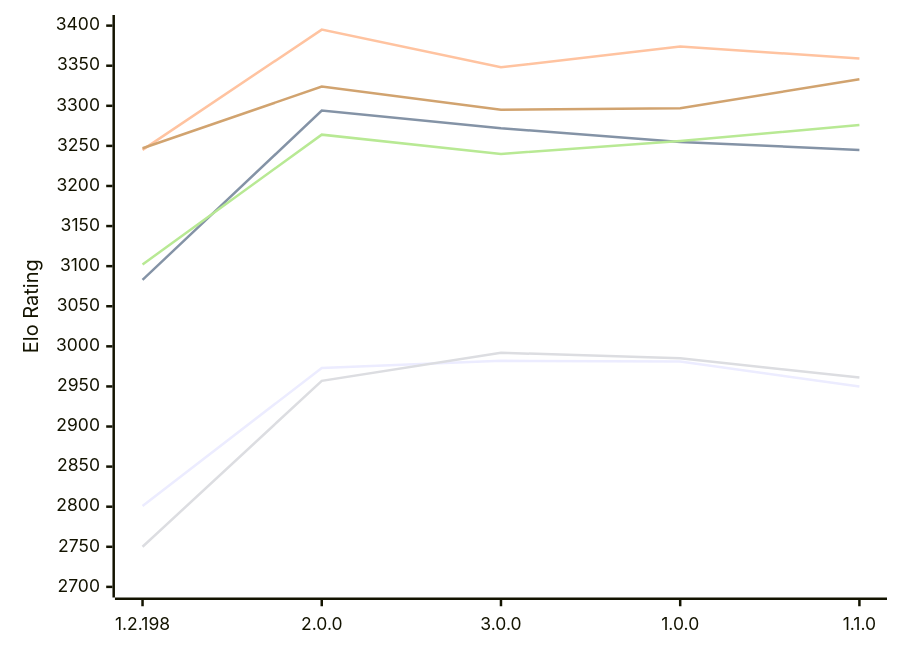
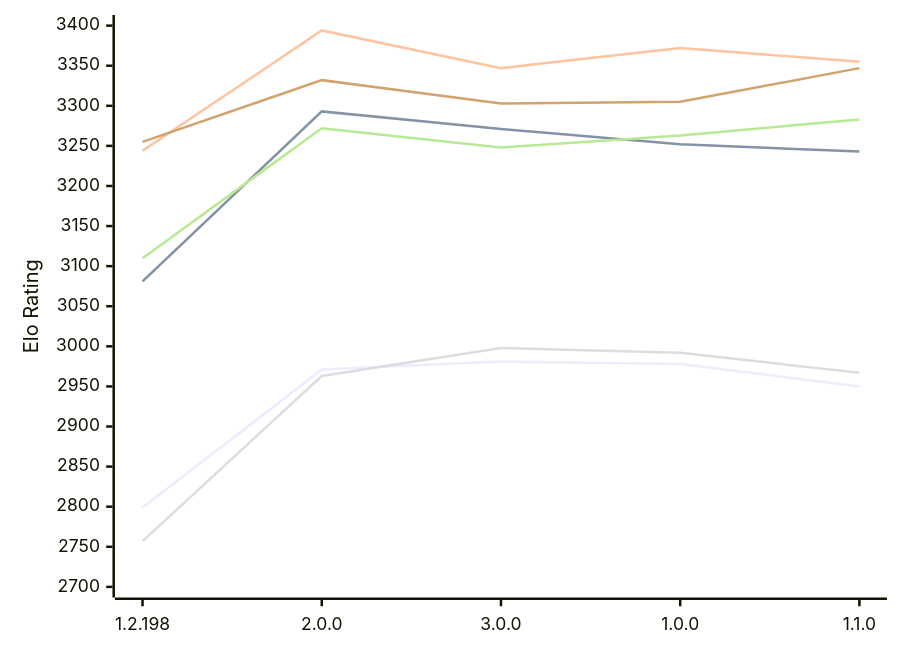
One commit to computer-chess-index/cci changed the diagram in engines/Trebuchet.md. Above: the diagram before and after it, drawn with Mermaid. The commit also changed other lines of this file, not shown here.

Commit message:
Update CCI Ratings (ELO VLTC) - 2026-11-23

````diff
--- a/engines/Trebuchet.md
+++ b/engines/Trebuchet.md
@@ -55,12 +55,12 @@
 ```mermaid
 %%{init: {"theme":"base","themeVariables":{"seriesColors:['#a3a3a3','#222221','#faa371']}}}%%
 xychart-beta
   x-axis ["1.2.198", "2.0.0", "3.0.0", "1.0.0", "1.1.0"]
   y-axis "Elo Rating" 2700 --> 3400
-  line "E1: STC (8.0+0.08s)" [2801, 2973, 2982, 2981, 2950]
-  line "E1: LTC (60.0+0.60s)" [3083, 3294, 3272, 3255, 3245]
-  line "E1: VLTC (2m24s+1.12s)" [3245, 3395, 3348, 3374, 3359]
-  line "P1: STC (8.0+0.08s)" [2750, 2957, 2992, 2985, 2961]
-  line "P1: LTC (60.0+0.60s)" [3102, 3264, 3240, 3256, 3276]
-  line "P1: VLTC (2m24s+1.12s)" [3247, 3324, 3295, 3297, 3333]
+  line "E1: STC (8.0+0.08s)" [2799, 2971, 2981, 2978, 2950]
+  line "E1: LTC (60.0+0.60s)" [3081, 3293, 3271, 3252, 3243]
+  line "E1: VLTC (2m24s+1.12s)" [3244, 3394, 3347, 3372, 3355]
+  line "P1: STC (8.0+0.08s)" [2757, 2963, 2998, 2992, 2967]
+  line "P1: LTC (60.0+0.60s)" [3110, 3272, 3248, 3263, 3283]
+  line "P1: VLTC (2m24s+1.12s)" [3255, 3332, 3303, 3305, 3347]
 ```
````
